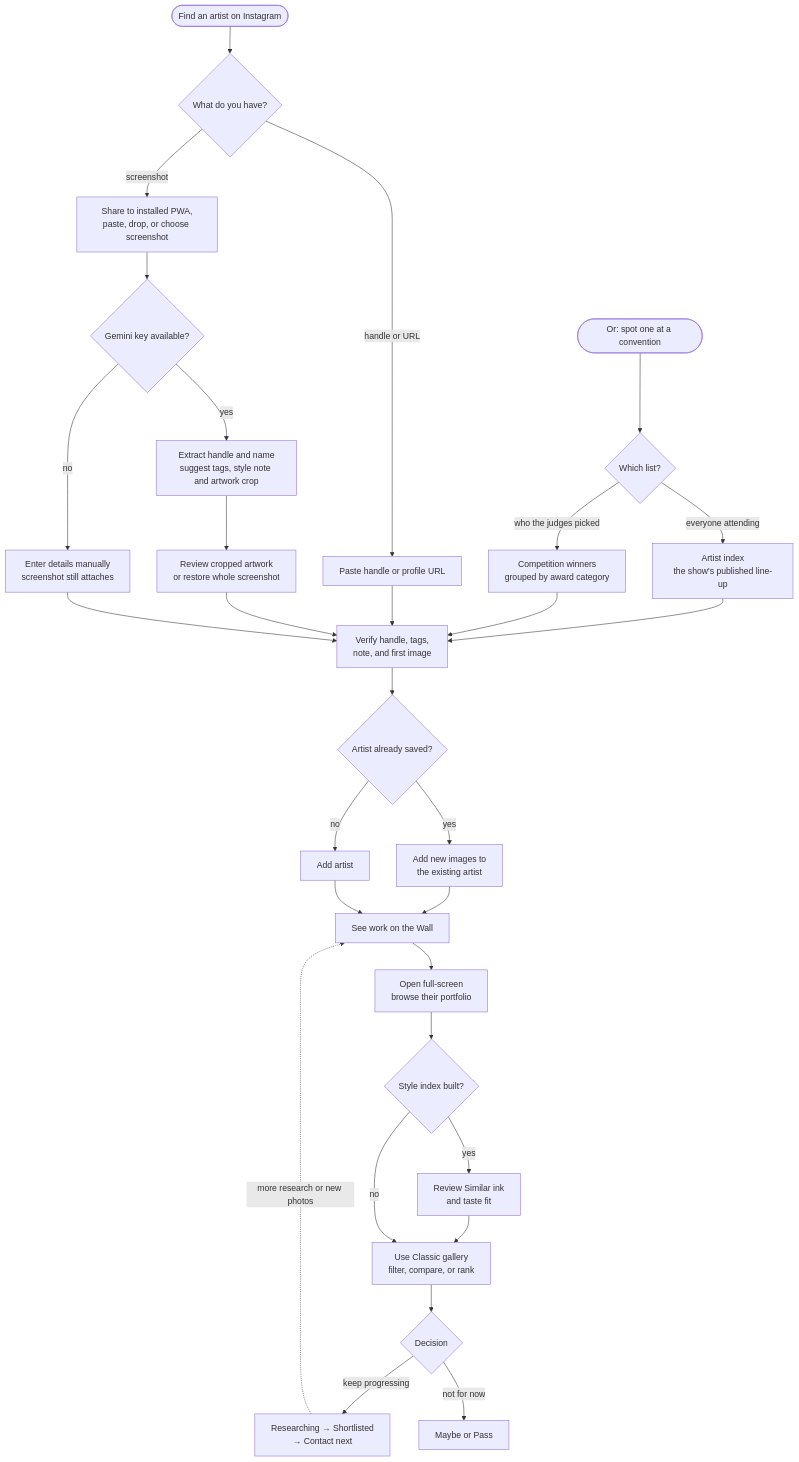
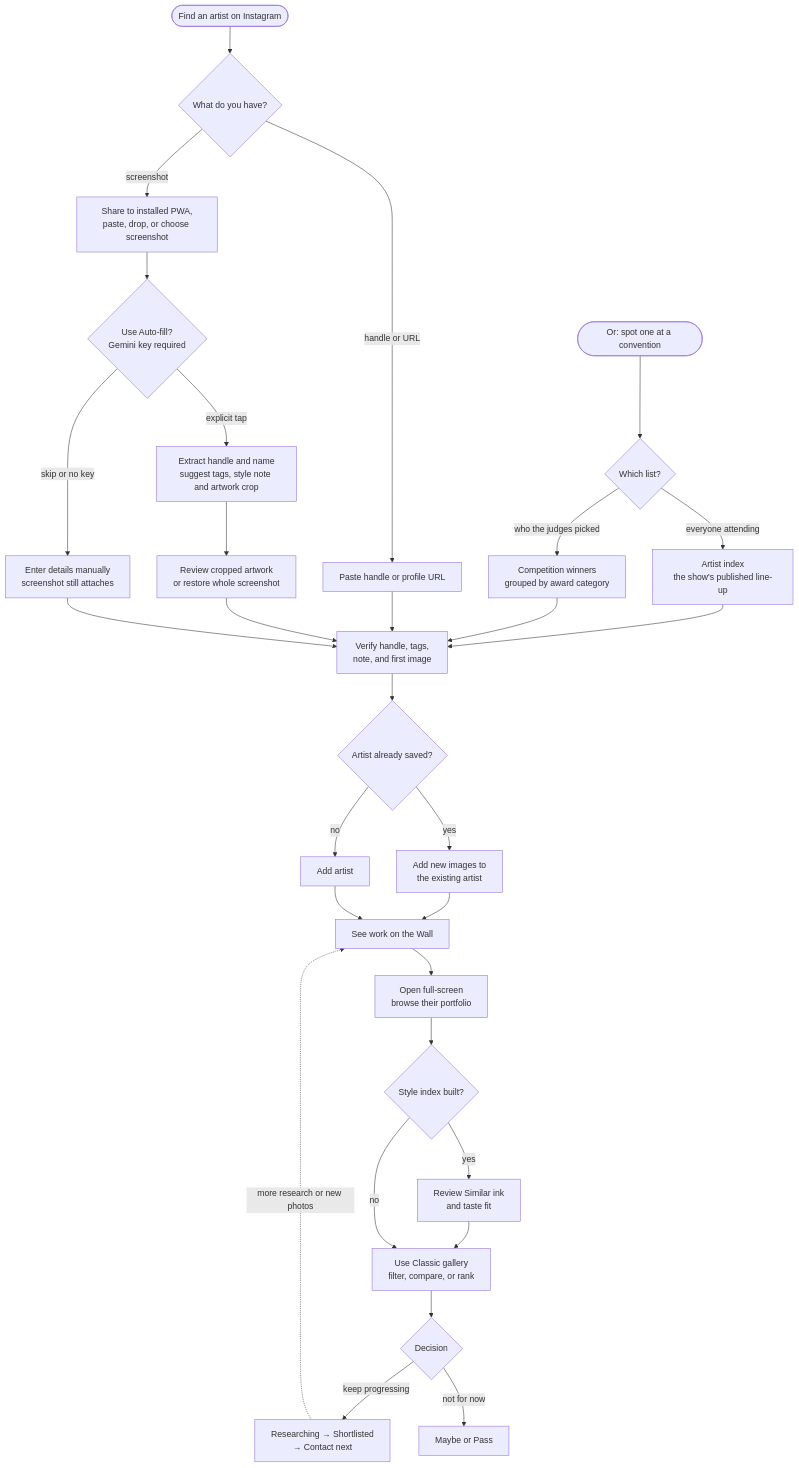
One commit to Pritesh1980/sable changed the second of 7 diagrams in docs/USER-WORKFLOWS.md. Above: the diagram before and after it, drawn with Mermaid. The commit also changed other lines of this file and 22 other files, not shown here.

Commit message:
docs(intake): document the quick capture flow

````diff
--- a/docs/USER-WORKFLOWS.md
+++ b/docs/USER-WORKFLOWS.md
@@ -50,46 +50,46 @@
 ```mermaid
 flowchart TB
   START(["Find an artist on Instagram"])
   SHOW(["Or: spot one at a convention"])
   RADARIN{"Which list?"}
   LINEUP["Artist index<br/>the show's published line-up"]
   WINNERS["Competition winners<br/>grouped by award category"]
   CAPTURE{"What do you have?"}
   SHOT["Share to installed PWA,<br/>paste, drop, or choose screenshot"]
   HANDLE["Paste handle or profile URL"]
-  KEY{"Gemini key available?"}
+  KEY{"Use Auto-fill?<br/>Gemini key required"}
   ANALYSE["Extract handle and name<br/>suggest tags, style note and artwork crop"]
   CROP["Review cropped artwork<br/>or restore whole screenshot"]
   MANUAL["Enter details manually<br/>screenshot still attaches"]
   VERIFY["Verify handle, tags,<br/>note, and first image"]
   DUP{"Artist already saved?"}
   APPEND["Add new images to<br/>the existing artist"]
   ADD["Add artist"]
   WALL["See work on the Wall"]
   VIEW["Open full-screen<br/>browse their portfolio"]
   INDEX{"Style index built?"}
   SIMILAR["Review Similar ink<br/>and taste fit"]
   ORGANISE["Use Classic gallery<br/>filter, compare, or rank"]
   STATUS{"Decision"}
   ACTIVE["Researching → Shortlisted<br/>→ Contact next"]
   PARK["Maybe or Pass"]
 
   START --> CAPTURE
   SHOW --> RADARIN
   RADARIN -- "everyone attending" --> LINEUP --> VERIFY
   RADARIN -- "who the judges picked" --> WINNERS --> VERIFY
   CAPTURE -- "screenshot" --> SHOT --> KEY
   CAPTURE -- "handle or URL" --> HANDLE --> VERIFY
-  KEY -- yes --> ANALYSE --> CROP --> VERIFY
-  KEY -- no --> MANUAL --> VERIFY
+  KEY -- "explicit tap" --> ANALYSE --> CROP --> VERIFY
+  KEY -- "skip or no key" --> MANUAL --> VERIFY
   VERIFY --> DUP
   DUP -- yes --> APPEND --> WALL
   DUP -- no --> ADD --> WALL
   WALL --> VIEW --> INDEX
   INDEX -- yes --> SIMILAR --> ORGANISE
   INDEX -- no --> ORGANISE
   ORGANISE --> STATUS
   STATUS -- "keep progressing" --> ACTIVE
   STATUS -- "not for now" --> PARK
   ACTIVE -. "more research or new photos" .-> WALL
 ```
````
